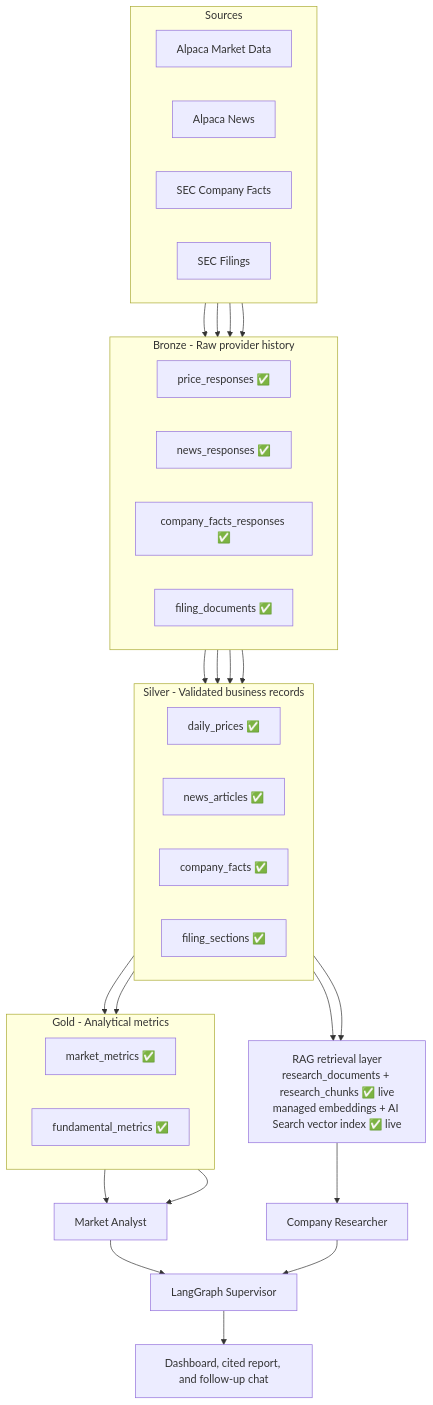
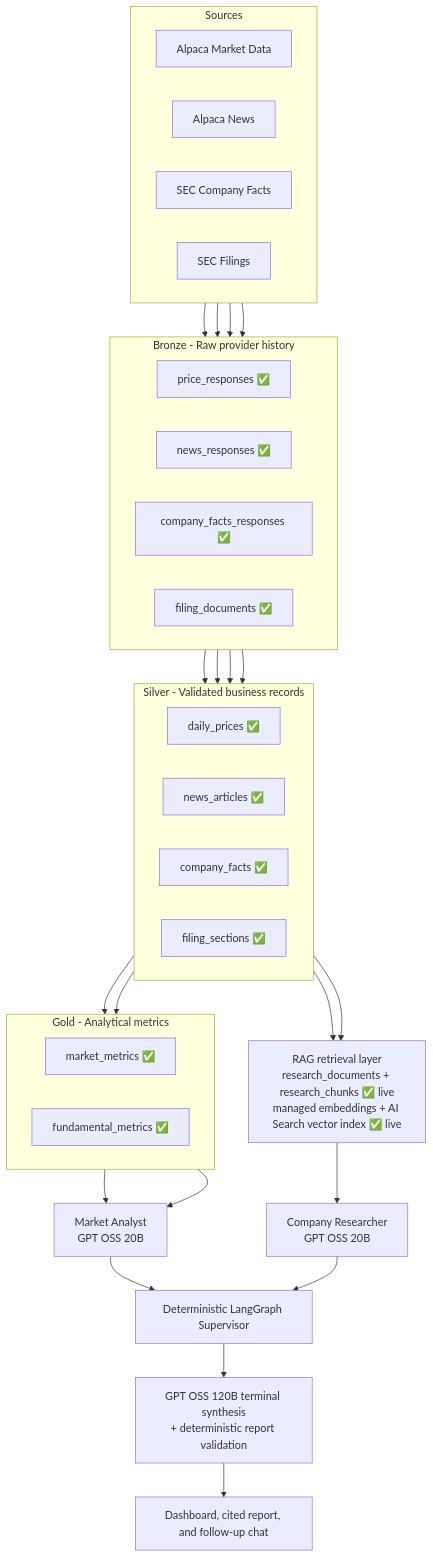
Before and after one commit to maghdam/multi-agent-equity-research-system-on-databricks: the diagram in README.md, drawn with Mermaid. The commit also changed other lines of this file, not shown here.

Commit message:
docs: link repository guide and refresh AI status

````diff
--- a/README.md
+++ b/README.md
@@ -45,45 +45,46 @@
 ```mermaid
 flowchart TB
     subgraph SRC["Sources"]
         direction LR
         A1["Alpaca Market Data"]
         A2["Alpaca News"]
         E1["SEC Company Facts"]
         E2["SEC Filings"]
     end
 
     subgraph B["Bronze - Raw provider history"]
         direction LR
         B1["price_responses ✅"]
         B2["news_responses ✅"]
         B3["company_facts_responses ✅"]
         B4["filing_documents ✅"]
     end
 
     subgraph S["Silver - Validated business records"]
         direction LR
         S1["daily_prices ✅"]
         S2["news_articles ✅"]
         S3["company_facts ✅"]
         S4["filing_sections ✅"]
     end
 
     subgraph G["Gold - Analytical metrics"]
         direction LR
         G1["market_metrics ✅"]
         G2["fundamental_metrics ✅"]
     end
     R["RAG retrieval layer<br/>research_documents + research_chunks ✅ live<br/>managed embeddings + AI Search vector index ✅ live"]
 
     A1 --> B1 --> S1 --> G1
     A2 --> B2 --> S2 --> R
     E1 --> B3 --> S3 --> G2
     E2 --> B4 --> S4 --> R
 
-    G1 --> M["Market Analyst"]
+    G1 --> M["Market Analyst<br/>GPT OSS 20B"]
     G2 --> M
-    R --> C["Company Researcher"]
-    M --> P["LangGraph Supervisor"]
+    R --> C["Company Researcher<br/>GPT OSS 20B"]
+    M --> P["Deterministic LangGraph Supervisor"]
     C --> P
-    P --> U["Dashboard, cited report, and follow-up chat"]
+    P --> F["GPT OSS 120B terminal synthesis<br/>+ deterministic report validation"]
+    F --> U["Dashboard, cited report, and follow-up chat"]
 ```
````
